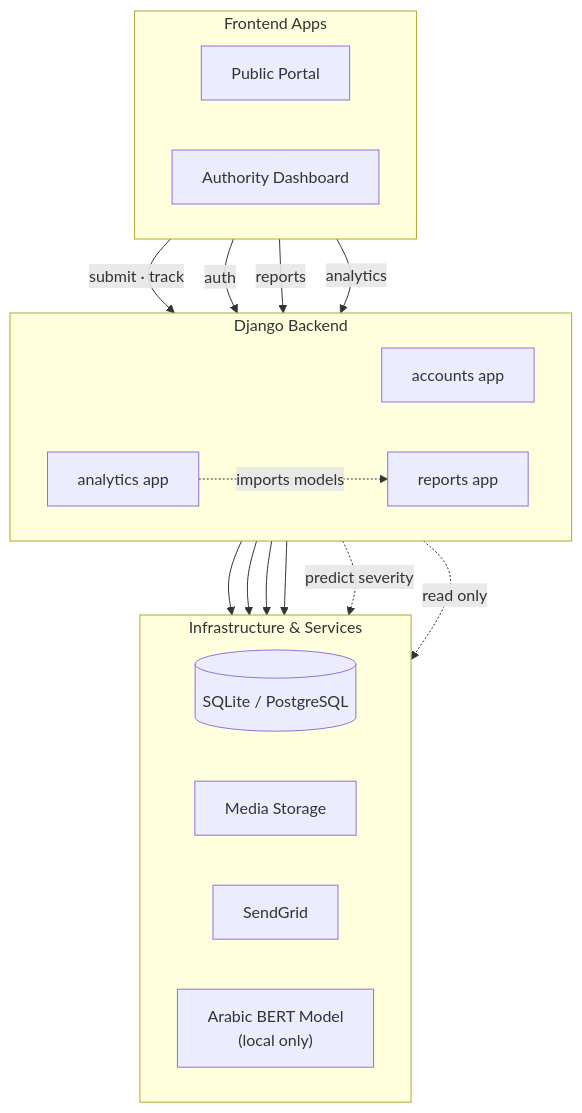
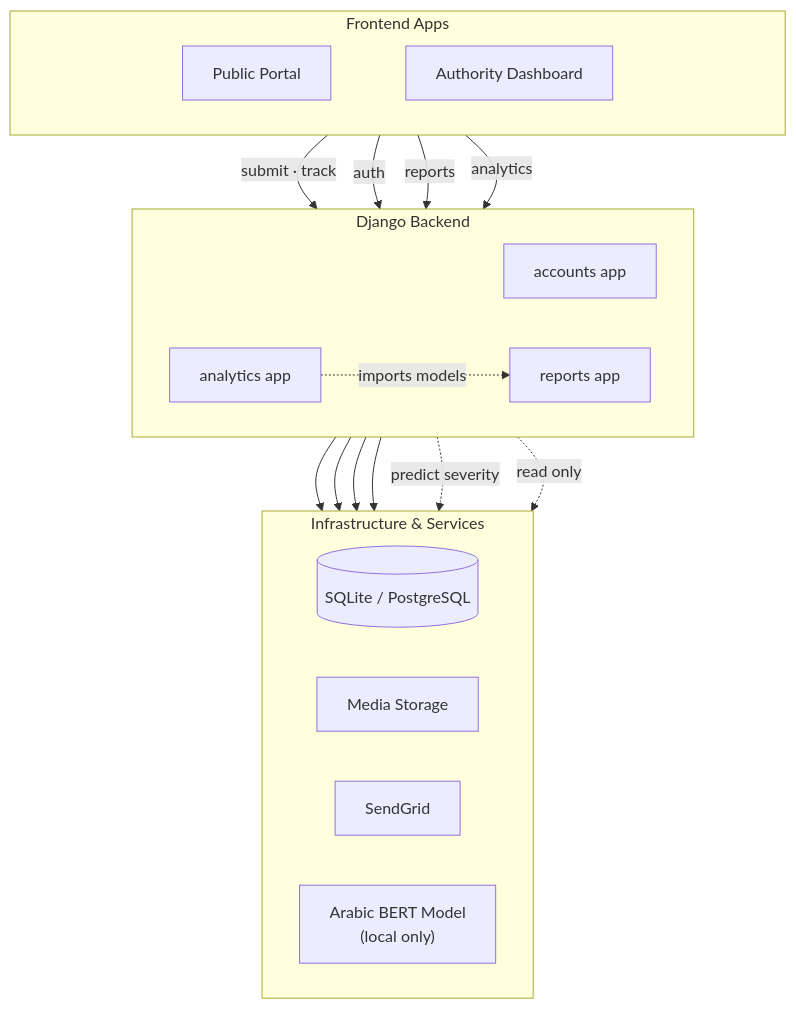
Before and after one commit to salmakhalill/Python-Sec-Sandbox: the first of 2 diagrams in test.md, drawn with Mermaid.

````diff
--- a/test.md
+++ b/test.md
@@ -22,51 +22,60 @@
 ```mermaid
 flowchart TD
 
     %% Frontends
     subgraph F["Frontend Apps"]
         direction LR
+        S1[" "]
         P["Public Portal"]
         D["Authority Dashboard"]
+        S2[" "]
     end
+    %% إخفاء العناصر الوهمية تماماً
+    style S1 fill:none,stroke-width:0px,color:transparent
+    style S2 fill:none,stroke-width:0px,color:transparent
 
     %% Backend
     subgraph B["Django Backend"]
         direction LR
         AC["accounts app"]
         R["reports app"]
         AN["analytics app"]
     end
 
     %% Infrastructure
     subgraph I["Infrastructure & Services"]
         direction LR
         DB[("SQLite / PostgreSQL")]
         MED["Media Storage"]
         SG["SendGrid"]
         ML["Arabic BERT Model<br/>(local only)"]
     end
 
     %% Frontend → Backend
     P -->|"submit · track"| R
 
     D -->|"auth"| AC
     D -->|"reports"| R
     D -->|"analytics"| AN
 
     %% Internal dependency
     AN -.->|"imports models"| R
 
     %% Backend → Infrastructure
     AC --> DB
     AC --> SG
 
     R --> DB
     R --> MED
     R -.->|"predict severity"| ML
 
     AN -.->|"read only"| DB
 
-    %% --- روابط مخفية لإجبار المحاذاة (Invisible Alignment Links) ---
-    P ~~~ AC
-    D ~~~ AN
+    %% --- حيل المحاذاة والتوسيط (Alignment Hacks) ---
+    %% 1. إجبار ترتيب العناصر جوه بلوك الفرونت
+    S1 ~~~ P ~~~ D ~~~ S2
+
+    %% 2. ربط الأطراف الوهمية بأطراف الباك إند عشان البلوك يعرض
+    S1 ~~~ AC
+    S2 ~~~ AN
 ```
````
